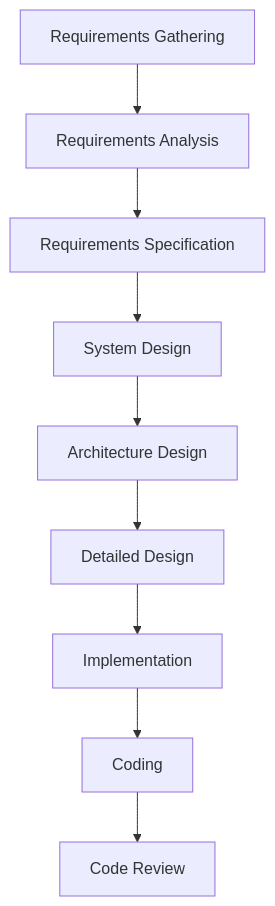
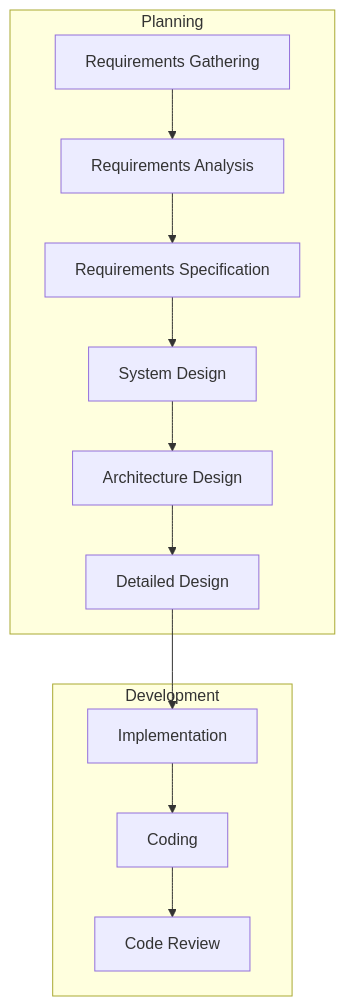
One commit to isauravmanitripathi/Animate-Mermaid-Chart changed the ninth of 54 diagrams in temp-charts/flowchart_sequence/README.md. Above: the diagram before and after it, drawn with Mermaid. The commit also changed other lines of this file and 58 other files, not shown here.

Commit message:
added proper working diagrams

````diff
--- a/temp-charts/flowchart_sequence/README.md
+++ b/temp-charts/flowchart_sequence/README.md
@@ -83,11 +145,26 @@
 ```mermaid
 flowchart TD
-A[Requirements Gathering] --> A1[Requirements Analysis]
-A1 --> A2[Requirements Specification]
-A2 --> B[System Design]
-B --> B1[Architecture Design]
-B1 --> B2[Detailed Design]
-B2 --> C[Implementation]
-C --> C1[Coding]
-C1 --> C2[Code Review]
+    A[Requirements Gathering] --> A1[Requirements Analysis]
+    A1 --> A2[Requirements Specification]
+    A2 --> B[System Design]
+    B --> B1[Architecture Design]
+    B1 --> B2[Detailed Design]
+    B2 --> C[Implementation]
+    C --> C1[Coding]
+    C1 --> C2[Code Review]
+
+subgraph Planning
+A
+A1
+A2
+B
+B1
+B2
+end
+
+subgraph Development
+C
+C1
+C2
+end
 ```
````
